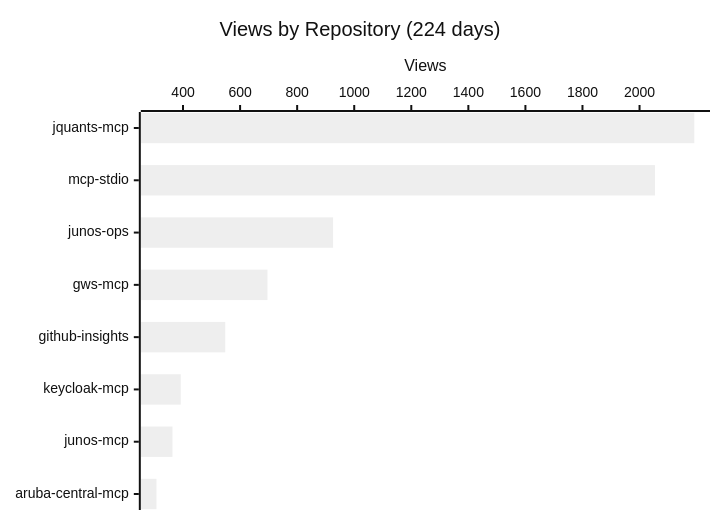
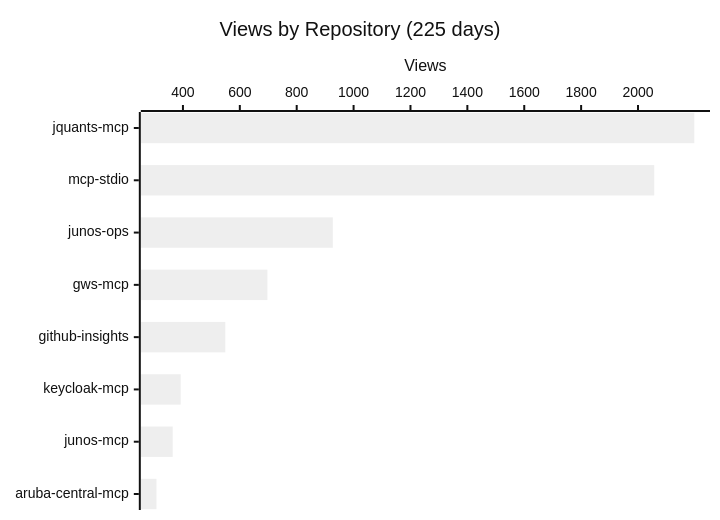
The first of 4 diagrams in README.md (shigechika/github-insights), drawn with Mermaid (neutral theme) before and after one commit. The commit also changed other lines of this file and 1 other file, not shown here.

````diff
--- a/README.md
+++ b/README.md
@@ -18,7 +18,7 @@
 ```mermaid
 xychart-beta horizontal
-    title "Views by Repository (224 days)"
+    title "Views by Repository (225 days)"
     x-axis ["jquants-mcp", "mcp-stdio", "junos-ops", "gws-mcp", "github-insights", "keycloak-mcp", "junos-mcp", "aruba-central-mcp"]
     y-axis "Views"
-    bar [2192, 2054, 926, 696, 548, 392, 363, 307]
+    bar [2198, 2057, 927, 697, 549, 392, 364, 307]
 ```
````
